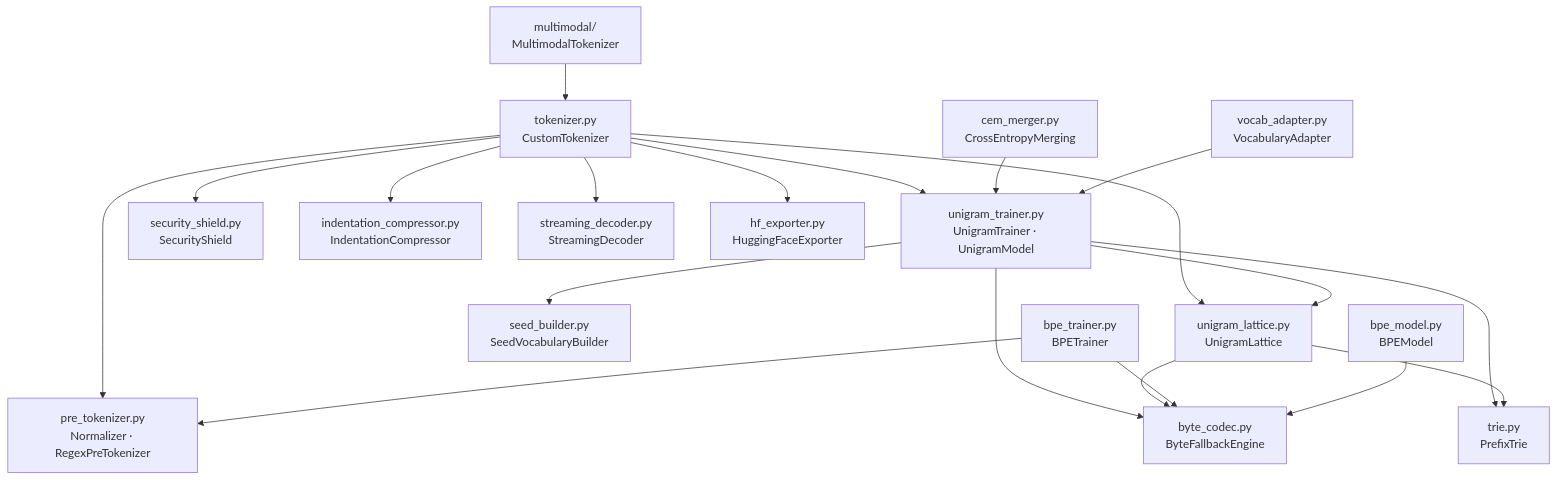
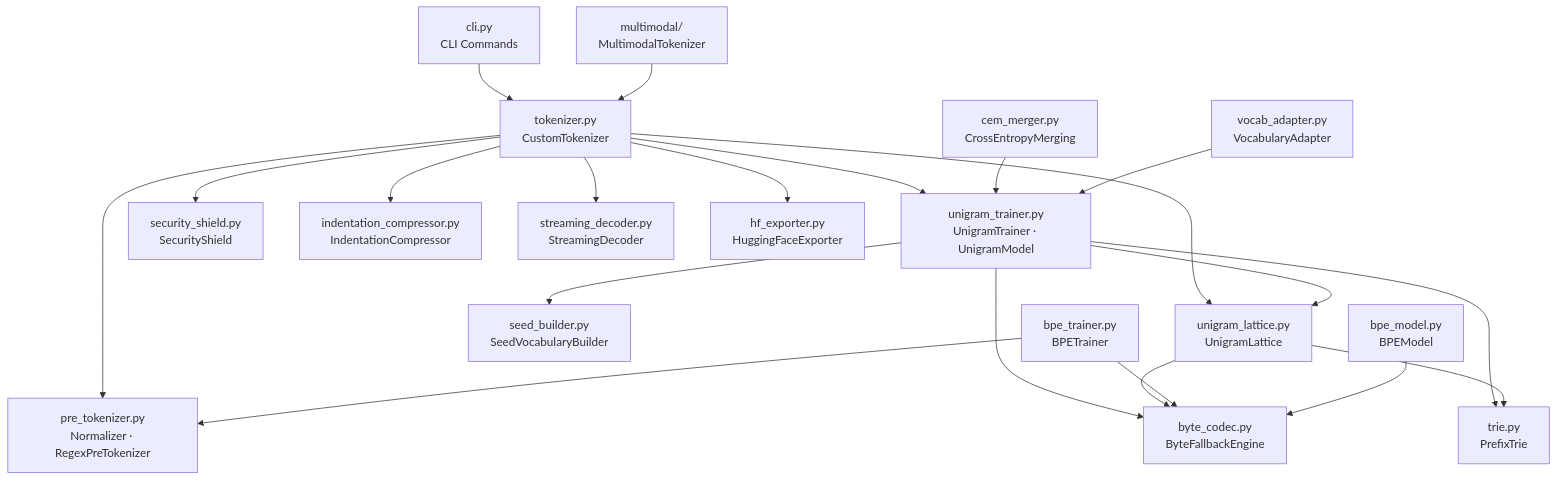
The second of 2 diagrams in README.md (DeshikReddy01/UniqToken), drawn with Mermaid before and after one commit. The commit also changed other lines of this file and 3 other files, not shown here.

````diff
--- a/README.md
+++ b/README.md
@@ -275,26 +304,27 @@
 ```mermaid
 graph TD
-    T["tokenizer.py<br/>CustomTokenizer"] --> N["pre_tokenizer.py<br/>Normalizer · RegexPreTokenizer"]
+    CLI["cli.py<br/>CLI Commands"] --> T["tokenizer.py<br/>CustomTokenizer"]
+    T --> N["pre_tokenizer.py<br/>Normalizer · RegexPreTokenizer"]
     T --> UL["unigram_lattice.py<br/>UnigramLattice"]
     T --> UT["unigram_trainer.py<br/>UnigramTrainer · UnigramModel"]
     T --> SS["security_shield.py<br/>SecurityShield"]
     T --> IC["indentation_compressor.py<br/>IndentationCompressor"]
     T --> SD["streaming_decoder.py<br/>StreamingDecoder"]
     T --> HF["hf_exporter.py<br/>HuggingFaceExporter"]
 
     UT --> UL
     UT --> SB["seed_builder.py<br/>SeedVocabularyBuilder"]
     UT --> BC["byte_codec.py<br/>ByteFallbackEngine"]
     UT --> TR["trie.py<br/>PrefixTrie"]
     UL --> BC
     UL --> TR
 
     CEM["cem_merger.py<br/>CrossEntropyMerging"] --> UT
     VA["vocab_adapter.py<br/>VocabularyAdapter"] --> UT
 
     BT["bpe_trainer.py<br/>BPETrainer"] --> BC
     BT --> N
     BM["bpe_model.py<br/>BPEModel"] --> BC
 
     MM["multimodal/<br/>MultimodalTokenizer"] --> T
 ```
````
